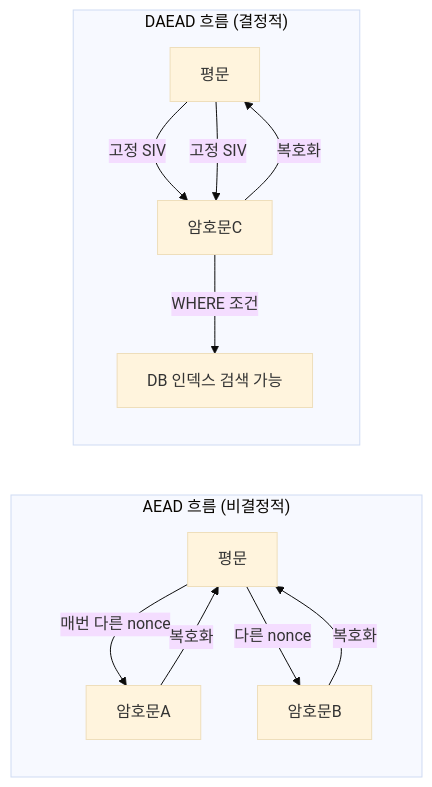
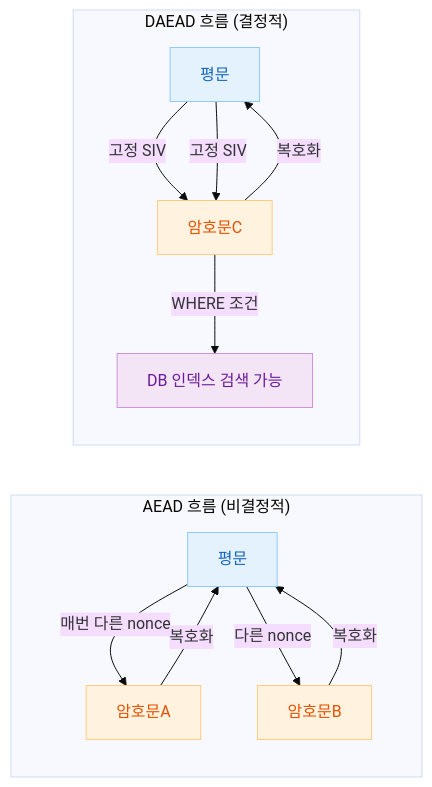
The first of 2 diagrams in 06-advanced/12-exposed-tink/README.md (bluetape4k/exposed-workshop), drawn with Mermaid (base theme) before and after one commit. The commit also changed other lines of this file and 56 other files, not shown here.

First line of the commit message:
docs: 전체 README mermaid 다이어그램에 파스텔 톤 색상 적용

````diff
--- a/06-advanced/12-exposed-tink/README.md
+++ b/06-advanced/12-exposed-tink/README.md
@@ -33,15 +33,24 @@
 ```mermaid
 flowchart LR
     subgraph AEAD_Flow["AEAD 흐름 (비결정적)"]
         P1["평문"] -->|" 매번 다른 nonce "| E1["암호문A"]
         P1 -->|" 다른 nonce "| E2["암호문B"]
         E1 & E2 -->|" 복호화 "| P1
     end
 
     subgraph DAEAD_Flow["DAEAD 흐름 (결정적)"]
         P2["평문"] -->|" 고정 SIV "| E3["암호문C"]
         P2 -->|" 고정 SIV "| E3
         E3 -->|" 복호화 "| P2
         E3 -->|" WHERE 조건 "| Q["DB 인덱스 검색 가능"]
     end
+
+    classDef blue fill:#E3F2FD,stroke:#90CAF9,color:#1565C0
+    classDef green fill:#E8F5E9,stroke:#A5D6A7,color:#2E7D32
+    classDef orange fill:#FFF3E0,stroke:#FFCC80,color:#E65100
+    classDef purple fill:#F3E5F5,stroke:#CE93D8,color:#6A1B9A
+
+    class P1,P2 blue
+    class E1,E2,E3 orange
+    class Q purple
 ```
````
